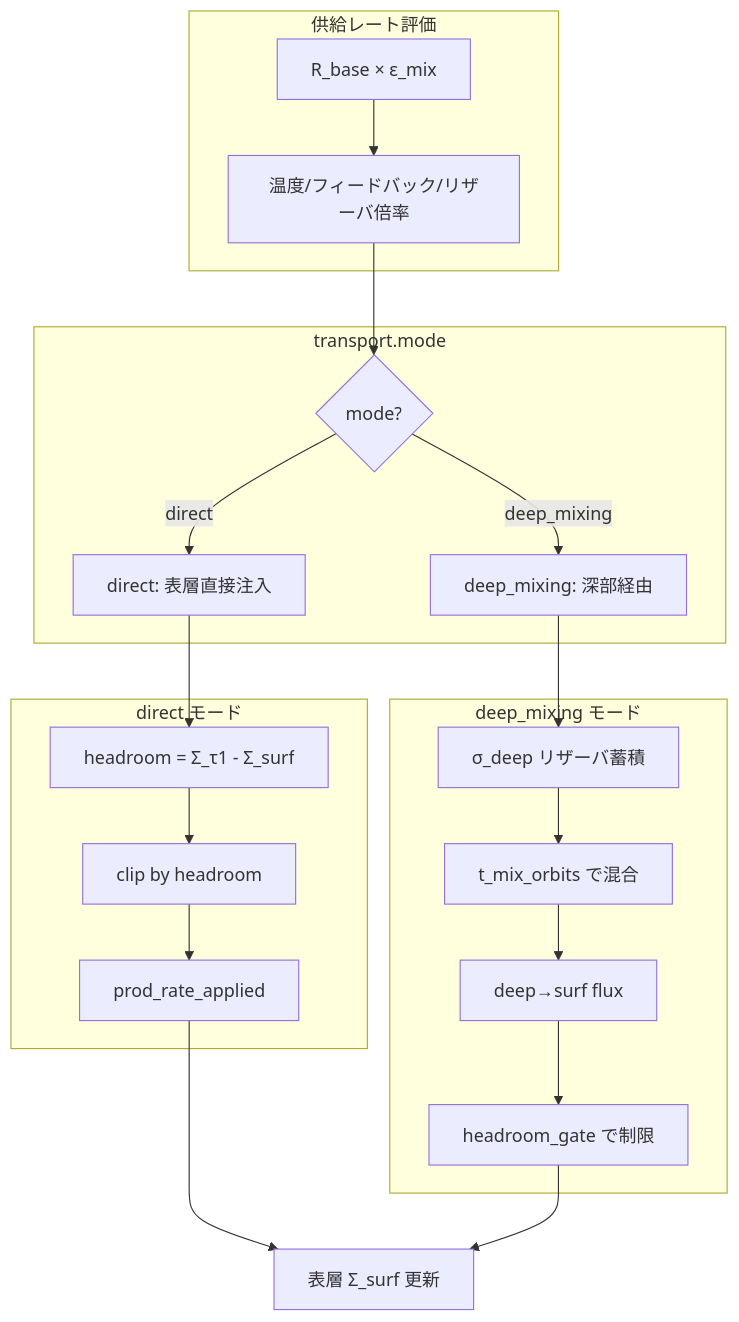
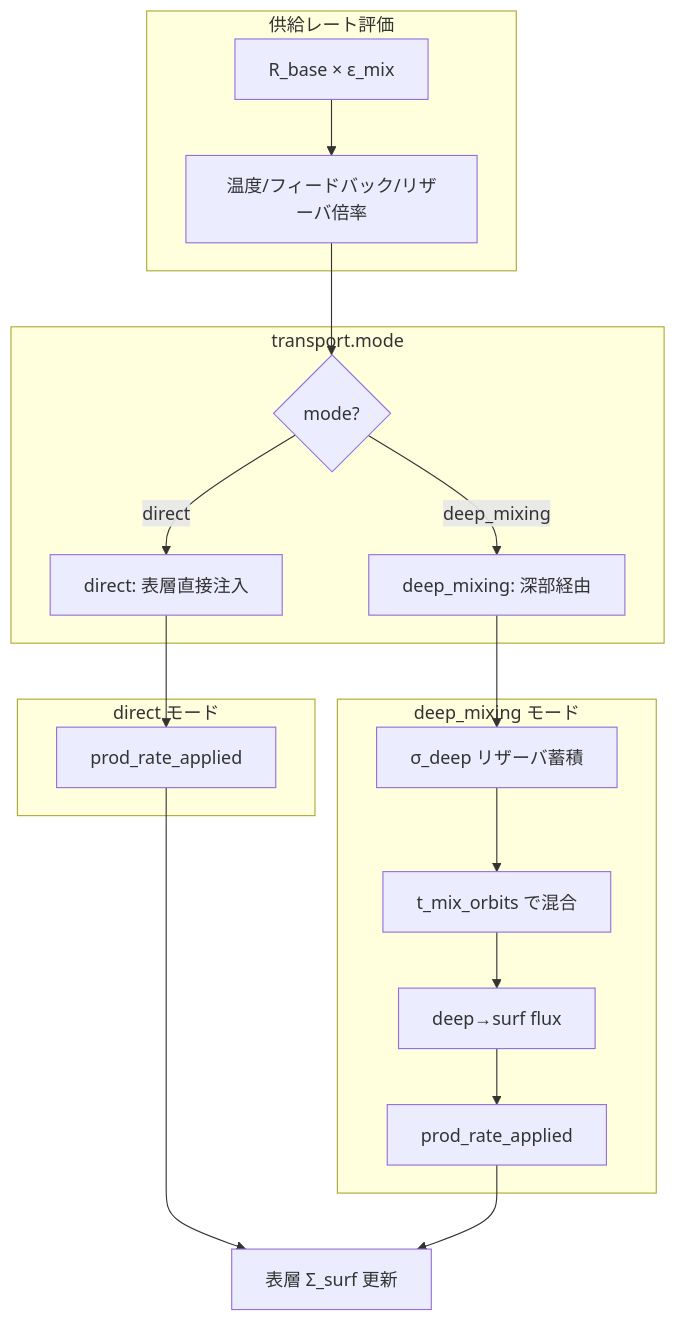
Before and after one commit to Einfeld686/MarsDiskSimulation: the sixth of 13 diagrams in analysis/physics_flow.md, drawn with Mermaid. The commit also changed other lines of this file and 21 other files, not shown here.

````diff
--- a/analysis/physics_flow.md
+++ b/analysis/physics_flow.md
@@ -271,32 +271,30 @@
 ```mermaid
 flowchart TB
     subgraph INPUT["供給レート評価"]
         A["R_base × ε_mix"]
         B["温度/フィードバック/リザーバ倍率"]
     end
     
     subgraph TRANSPORT["transport.mode"]
         C{"mode?"}
         D["direct: 表層直接注入"]
         E["deep_mixing: 深部経由"]
     end
     
     subgraph DIRECT["direct モード"]
-        D1["headroom = Σ_τ1 - Σ_surf"]
-        D2["clip by headroom"]
-        D3["prod_rate_applied"]
+        D1["prod_rate_applied"]
     end
     
     subgraph DEEP["deep_mixing モード"]
         E1["σ_deep リザーバ蓄積"]
         E2["t_mix_orbits で混合"]
         E3["deep→surf flux"]
-        E4["headroom_gate で制限"]
+        E4["prod_rate_applied"]
     end
     
     A --> B --> C
-    C -->|"direct"| D --> D1 --> D2 --> D3
+    C -->|"direct"| D --> D1
     C -->|"deep_mixing"| E --> E1 --> E2 --> E3 --> E4
-    D3 --> F["表層 Σ_surf 更新"]
+    D1 --> F["表層 Σ_surf 更新"]
     E4 --> F
 ```
````
